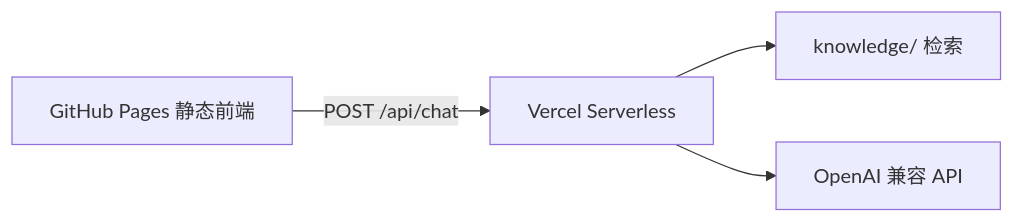
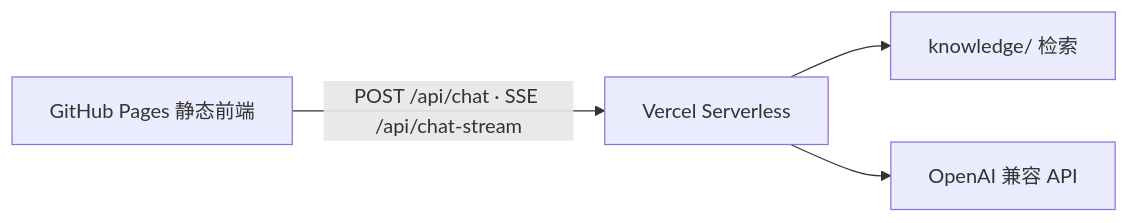
The diagram in README.md (wenjunwang6205-sudo/content-brief-chat), drawn with Mermaid before and after one commit. The commit also changed other lines of this file and 32 other files, not shown here.

````diff
--- a/README.md
+++ b/README.md
@@ -17,6 +34,6 @@
 ```mermaid
 flowchart LR
-  Pages[GitHub Pages 静态前端] -->|POST /api/chat| Vercel[Vercel Serverless]
+  Pages[GitHub Pages 静态前端] -->|POST /api/chat · SSE /api/chat-stream| Vercel[Vercel Serverless]
   Vercel --> RAG[knowledge/ 检索]
   Vercel --> LLM[OpenAI 兼容 API]
 ```
````
